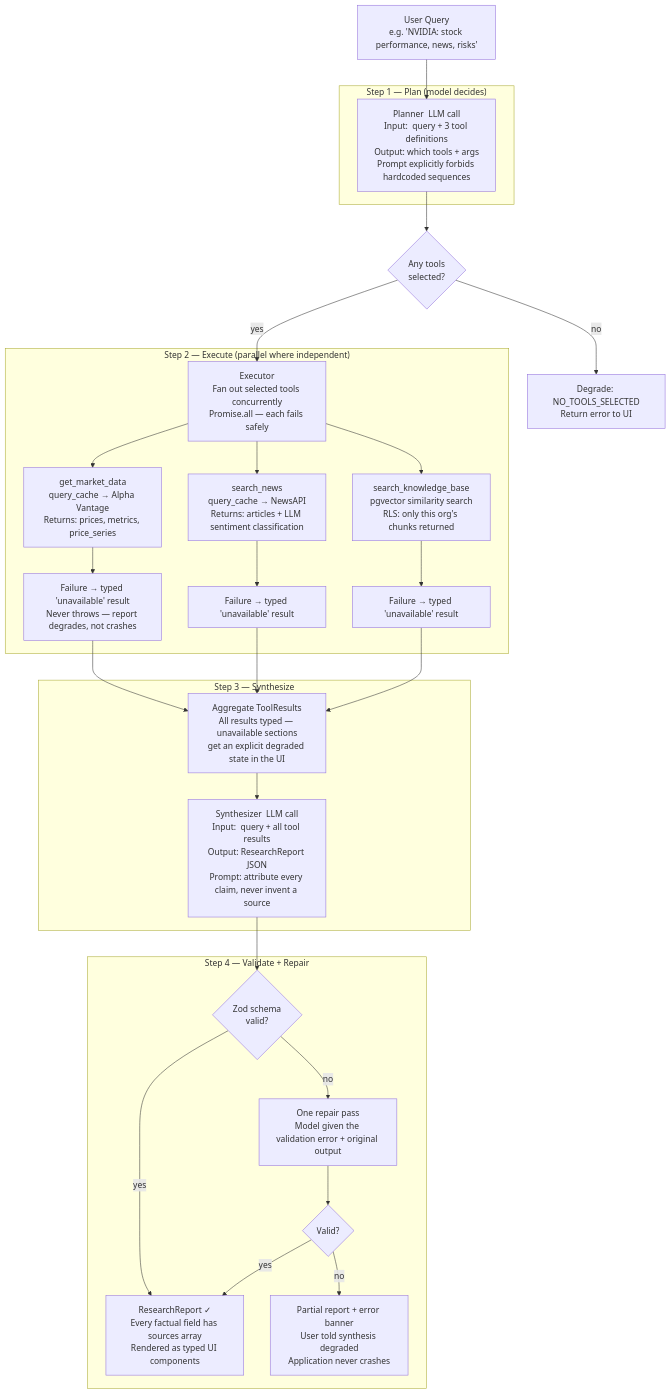
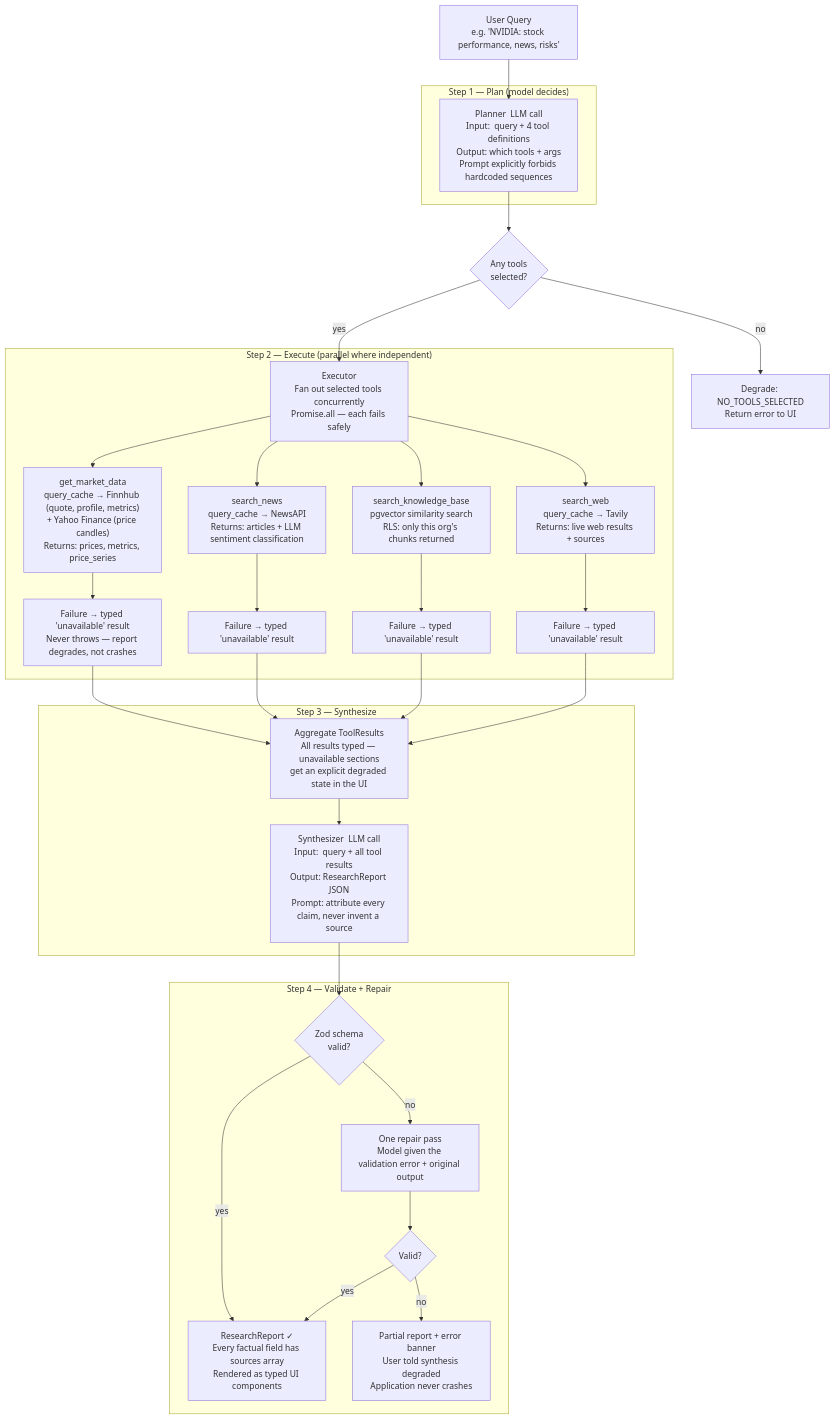
Before and after one commit to shubh0614/Investment-Research-Dashboard: the fourth of 5 diagrams in ARCHITECTURE.md, drawn with Mermaid. The commit also changed other lines of this file and 2 other files, not shown here.

First line of the commit message:
docs: sync ARCHITECTURE, DECISIONS, README with current implementation

````diff
--- a/ARCHITECTURE.md
+++ b/ARCHITECTURE.md
@@ -227,38 +237,40 @@
 ```mermaid
 flowchart TD
     Q["User Query\ne.g. 'NVIDIA: stock performance, news, risks'"]
     Q --> PL
 
     subgraph S1 ["Step 1 — Plan  (model decides)"]
-        PL["Planner  LLM call\nInput:  query + 3 tool definitions\nOutput: which tools + args\nPrompt explicitly forbids hardcoded sequences"]
+        PL["Planner  LLM call\nInput:  query + 4 tool definitions\nOutput: which tools + args\nPrompt explicitly forbids hardcoded sequences"]
     end
 
     PL --> GATE{Any tools\nselected?}
     GATE -->|no| NOOP["Degrade: NO_TOOLS_SELECTED\nReturn error to UI"]
     GATE -->|yes| EX
 
     subgraph S2 ["Step 2 — Execute  (parallel where independent)"]
         EX["Executor\nFan out selected tools concurrently\nPromise.all — each fails safely"]
-        EX --> T1["get_market_data\nquery_cache → Alpha Vantage\nReturns: prices, metrics, price_series"]
+        EX --> T1["get_market_data\nquery_cache → Finnhub (quote, profile, metrics)\n+ Yahoo Finance (price candles)\nReturns: prices, metrics, price_series"]
         EX --> T2["search_news\nquery_cache → NewsAPI\nReturns: articles + LLM sentiment classification"]
         EX --> T3["search_knowledge_base\npgvector similarity search\nRLS: only this org's chunks returned"]
+        EX --> T4["search_web\nquery_cache → Tavily\nReturns: live web results + sources"]
         T1 --> FAIL1["Failure → typed 'unavailable' result\nNever throws — report degrades, not crashes"]
         T2 --> FAIL2["Failure → typed 'unavailable' result"]
         T3 --> FAIL3["Failure → typed 'unavailable' result"]
+        T4 --> FAIL4["Failure → typed 'unavailable' result"]
     end
 
-    FAIL1 & FAIL2 & FAIL3 --> AGG["Aggregate ToolResults\nAll results typed — unavailable sections\nget an explicit degraded state in the UI"]
+    FAIL1 & FAIL2 & FAIL3 & FAIL4 --> AGG["Aggregate ToolResults\nAll results typed — unavailable sections\nget an explicit degraded state in the UI"]
 
     subgraph S3 ["Step 3 — Synthesize"]
         AGG --> SY["Synthesizer  LLM call\nInput:  query + all tool results\nOutput: ResearchReport JSON\nPrompt: attribute every claim, never invent a source"]
     end
 
     subgraph S4 ["Step 4 — Validate + Repair"]
         SY --> V1{"Zod schema\nvalid?"}
         V1 -->|yes| DONE["ResearchReport ✓\nEvery factual field has sources array\nRendered as typed UI components"]
         V1 -->|no| R["One repair pass\nModel given the validation error + original output"]
         R --> V2{"Valid?"}
         V2 -->|yes| DONE
         V2 -->|no| PART["Partial report + error banner\nUser told synthesis degraded\nApplication never crashes"]
     end
 ```
````
